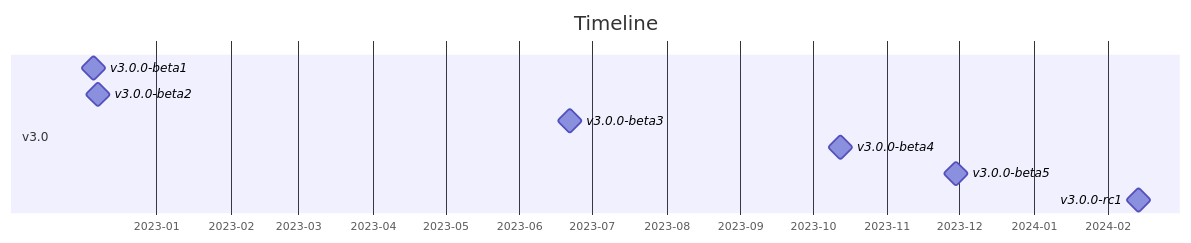
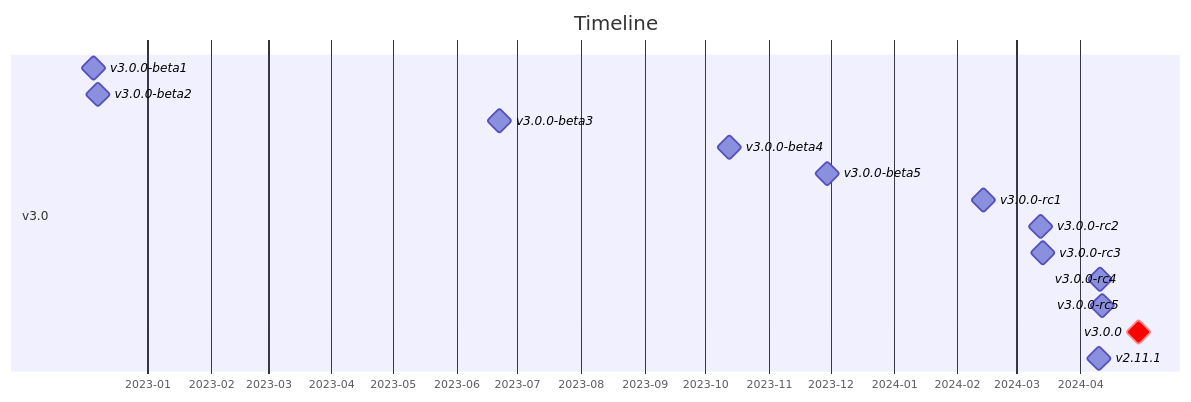
One commit to traefik-contrib/traefik-history changed diagram 22 of 22 in readme.md. Above: the diagram before and after it, drawn with Mermaid. The commit also changed other lines of this file, not shown here.

````diff
--- a/readme.md
+++ b/readme.md
@@ -937,15 +942,21 @@
 ```mermaid
 gantt
     title Timeline
     todayMarker off
     tickInterval 1month
     axisFormat %Y-%m
     dateFormat YYYY-MM-DD HH:mm:ss
     section v3.0
         v3.0.0-beta1: milestone, 2022-12-05 16:58:04, 0d
         v3.0.0-beta2: milestone, 2022-12-07 17:26:04, 0d
         v3.0.0-beta3: milestone, 2023-06-22 01:18:05, 0d
         v3.0.0-beta4: milestone, 2023-10-12 09:48:05, 0d
         v3.0.0-beta5: milestone, 2023-11-29 16:08:05, 0d
         v3.0.0-rc1: milestone, 2024-02-13 14:38:03, 0d
+        v3.0.0-rc2: milestone, 2024-03-12 15:18:04, 0d
+        v3.0.0-rc3: milestone, 2024-03-13 16:46:04, 0d
+        v3.0.0-rc4: milestone, 2024-04-10 16:34:03, 0d
+        v3.0.0-rc5: milestone, 2024-04-11 18:24:03, 0d
+        v3.0.0: crit, milestone, 2024-04-29 16:06:04, 0d
+        v2.11.1: milestone, 2024-04-10 11:52:03, 0d
 ```
````
